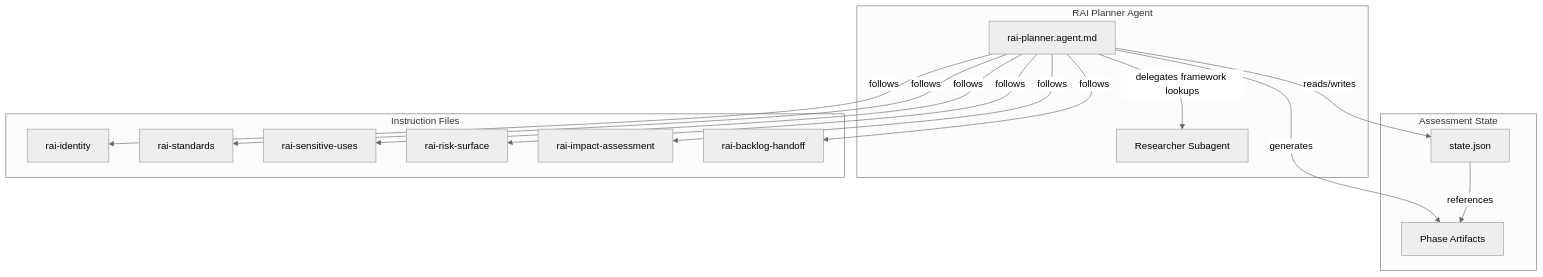
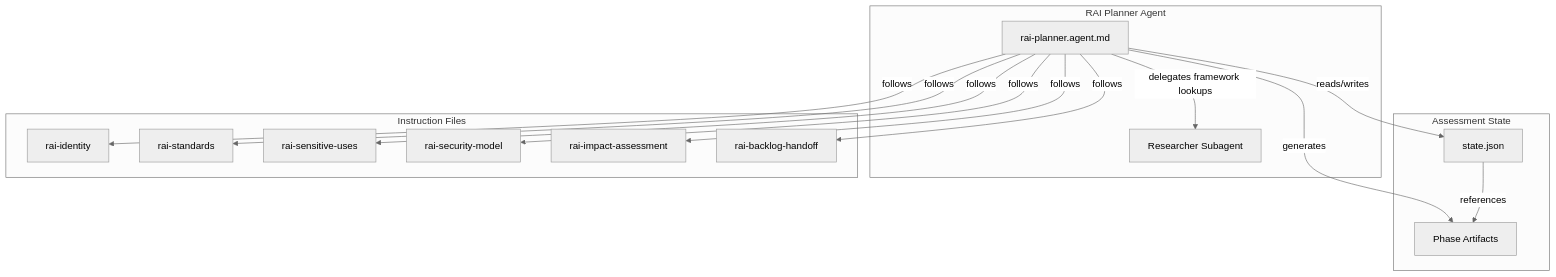
The diagram in docs/agents/rai-planning/agent-overview.md (microsoft/hve-core), drawn with Mermaid (neutral theme) before and after one commit. The commit also changed other lines of this file and 90 other files, not shown here.

First line of the commit message:
feat(agents): add RAI Planner and redesign Security Planner

````diff
--- a/docs/agents/rai-planning/agent-overview.md
+++ b/docs/agents/rai-planning/agent-overview.md
@@ -23,32 +23,32 @@
 ```mermaid
 flowchart TD
   subgraph Agent ["RAI Planner Agent"]
     RP["rai-planner.agent.md"]
     RS["Researcher Subagent"]
     RP -->|"delegates framework lookups"| RS
   end
 
   subgraph State ["Assessment State"]
     SJ["state.json"]
     AF["Phase Artifacts"]
     SJ -->|"references"| AF
   end
 
   subgraph Instructions ["Instruction Files"]
     I1["rai-identity"]
     I2["rai-standards"]
     I3["rai-sensitive-uses"]
-    I4["rai-risk-surface"]
+    I4["rai-security-model"]
     I5["rai-impact-assessment"]
     I6["rai-backlog-handoff"]
   end
 
   RP -->|"reads/writes"| SJ
   RP -->|"generates"| AF
   RP -->|"follows"| I1
   RP -->|"follows"| I2
   RP -->|"follows"| I3
   RP -->|"follows"| I4
   RP -->|"follows"| I5
   RP -->|"follows"| I6
 ```
````
